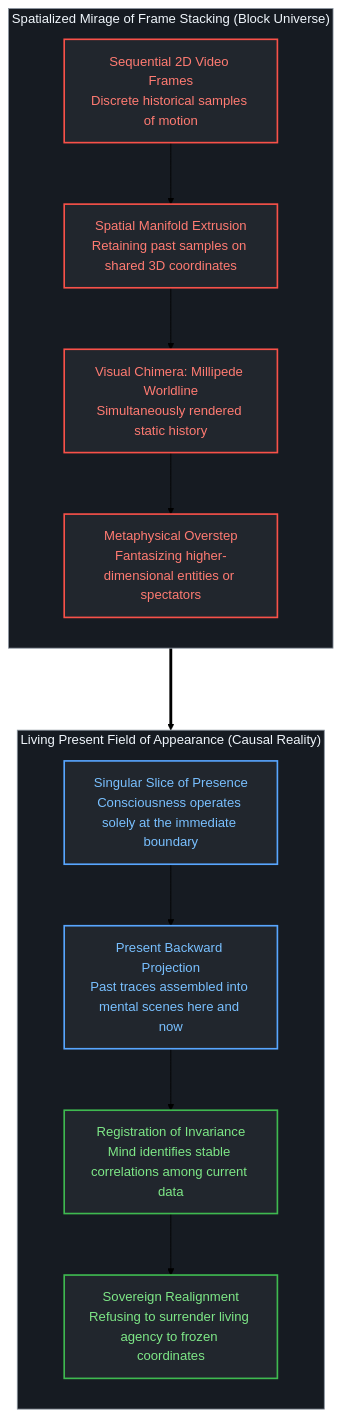
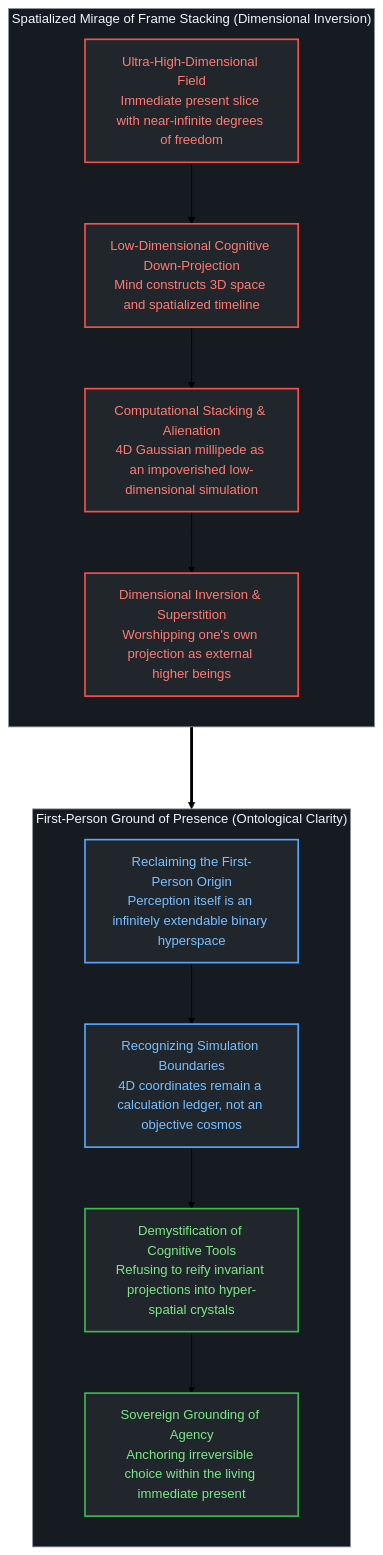
The second of 4 diagrams in content/posts/the-myth-of-the-four-dimensional-deer-and-the-present-model.md (powerpig99/not-a-toe), drawn with Mermaid (forest theme) before and after one commit. The commit also changed other lines of this file and 3 other files, not shown here.

Commit message:
fix(post-343): resolve dimensional inversion and clarify perception as binary hyperspace

````diff
--- a/content/posts/the-myth-of-the-four-dimensional-deer-and-the-present-model.md
+++ b/content/posts/the-myth-of-the-four-dimensional-deer-and-the-present-model.md
@@ -53,29 +53,29 @@
 ```mermaid
 graph TD
     classDef default fill:#0d1117,stroke:#30363d,stroke-width:1px,color:#c9d1d9;
     classDef canvas fill:#161b22,stroke:#8b949e,stroke-width:1px,color:#f0f6fc;
     classDef errNode fill:#21262d,stroke:#f85149,stroke-width:2px,color:#ff7b72;
     classDef actNode fill:#21262d,stroke:#58a6ff,stroke-width:2px,color:#79c0ff;
     classDef resNode fill:#21262d,stroke:#3fb950,stroke-width:2px,color:#7ee787;
 
-    subgraph ErrorTrack ["Spatialized Mirage of Frame Stacking (Block Universe)"]
+    subgraph ErrorTrack ["Spatialized Mirage of Frame Stacking (Dimensional Inversion)"]
         direction TB
-        E1["Sequential 2D Video Frames<br/>Discrete historical samples of motion"] --> E2["Spatial Manifold Extrusion<br/>Retaining past samples on shared 3D coordinates"]
-        E2 --> E3["Visual Chimera: Millipede Worldline<br/>Simultaneously rendered static history"]
-        E3 --> E4["Metaphysical Overstep<br/>Fantasizing higher-dimensional entities or spectators"]
+        E1["Ultra-High-Dimensional Field<br/>Immediate present slice with near-infinite degrees of freedom"] --> E2["Low-Dimensional Cognitive Down-Projection<br/>Mind constructs 3D space and spatialized timeline"]
+        E2 --> E3["Computational Stacking & Alienation<br/>4D Gaussian millipede as an impoverished low-dimensional simulation"]
+        E3 --> E4["Dimensional Inversion & Superstition<br/>Worshipping one's own projection as external higher beings"]
     end
 
     ErrorTrack ===> RealityTrack
 
-    subgraph RealityTrack ["Living Present Field of Appearance (Causal Reality)"]
+    subgraph RealityTrack ["First-Person Ground of Presence (Ontological Clarity)"]
         direction TB
-        R1["Singular Slice of Presence<br/>Consciousness operates solely at the immediate boundary"] --> R2["Present Backward Projection<br/>Past traces assembled into mental scenes here and now"]
-        R2 --> R3["Registration of Invariance<br/>Mind identifies stable correlations among current data"]
-        R3 --> R4["Sovereign Realignment<br/>Refusing to surrender living agency to frozen coordinates"]
+        R1["Reclaiming the First-Person Origin<br/>Perception itself is an infinitely extendable binary hyperspace"] --> R2["Recognizing Simulation Boundaries<br/>4D coordinates remain a calculation ledger, not an objective cosmos"]
+        R2 --> R3["Demystification of Cognitive Tools<br/>Refusing to reify invariant projections into hyper-spatial crystals"]
+        R3 --> R4["Sovereign Grounding of Agency<br/>Anchoring irreversible choice within the living immediate present"]
     end
 
     class ErrorTrack,RealityTrack canvas;
     class E1,E2,E3,E4 errNode;
     class R1,R2 actNode;
     class R3,R4 resNode;
 ```
````
